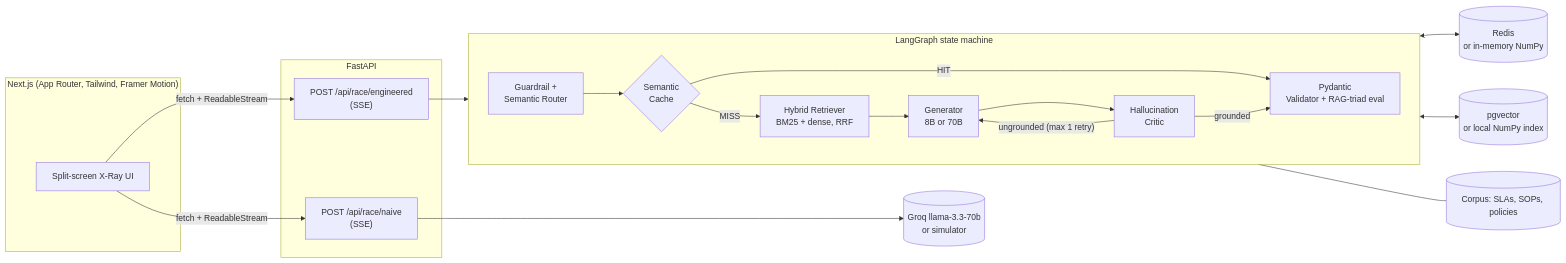
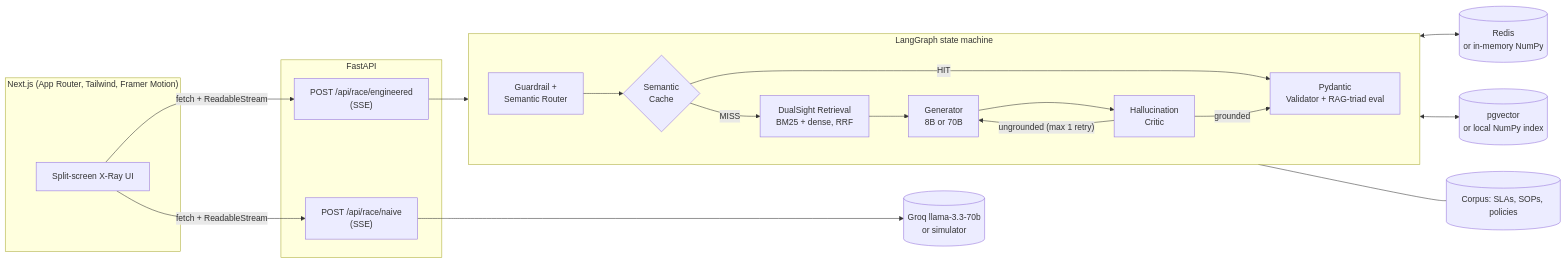
One commit to NDNathanRocks/aegis-ai-race changed the first of 2 diagrams in README.md. Above: the diagram before and after it, drawn with Mermaid. The commit also changed other lines of this file and 4 other files, not shown here.

Commit message:
DualSight: tie token savings to the retriever, rename README diagram node, add pitch screenshot

````diff
--- a/README.md
+++ b/README.md
@@ -38,25 +40,25 @@
 ```mermaid
 flowchart LR
   subgraph Browser["Next.js (App Router, Tailwind, Framer Motion)"]
     UI[Split-screen X-Ray UI]
   end
   subgraph API["FastAPI"]
     N["POST /api/race/naive<br/>(SSE)"]
     E["POST /api/race/engineered<br/>(SSE)"]
   end
   UI -- "fetch + ReadableStream" --> N
   UI -- "fetch + ReadableStream" --> E
   N --> LLM70[("Groq llama-3.3-70b<br/>or simulator")]
   E --> G
   subgraph G["LangGraph state machine"]
     direction LR
     R[Guardrail +<br/>Semantic Router] --> C{Semantic<br/>Cache}
     C -- HIT --> V
-    C -- MISS --> H[Hybrid Retriever<br/>BM25 + dense, RRF] --> GEN[Generator<br/>8B or 70B] --> K[Hallucination<br/>Critic]
+    C -- MISS --> H[DualSight Retrieval<br/>BM25 + dense, RRF] --> GEN[Generator<br/>8B or 70B] --> K[Hallucination<br/>Critic]
     K -- "ungrounded (max 1 retry)" --> GEN
     K -- grounded --> V[Pydantic<br/>Validator + RAG-triad eval]
   end
   C <--> RD[("Redis<br/>or in-memory NumPy")]
   H <--> VS[("pgvector<br/>or local NumPy index")]
   H --- KB[("Corpus: SLAs, SOPs, policies")]
 ```
````
